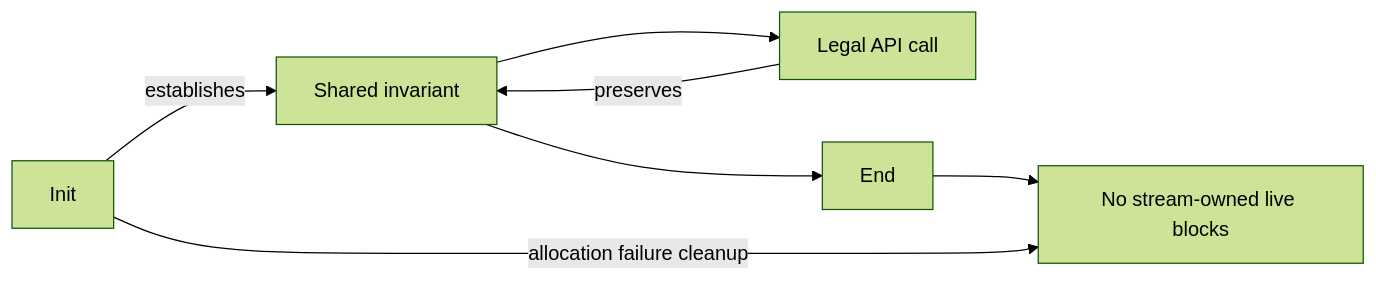
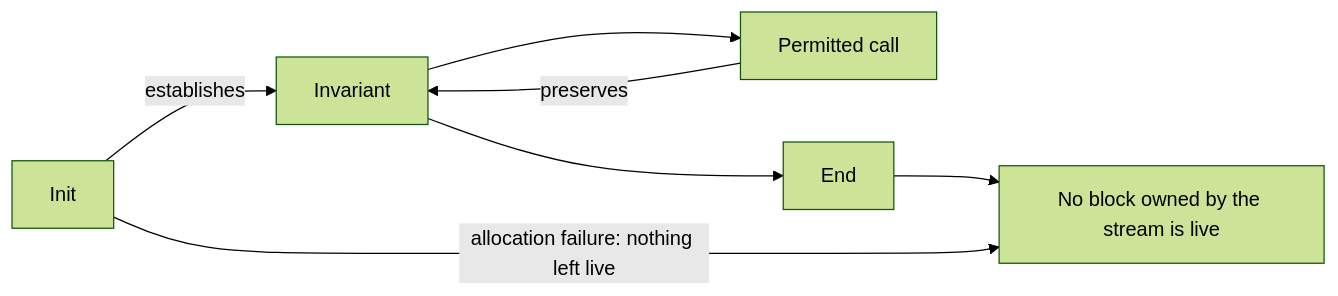
Before and after one commit to cla7aye15I4nd/oss-proof: the diagram in docs/spec/safety.md, drawn with Mermaid (forest theme). The commit also changed other lines of this file and 5 other files, not shown here.

````diff
--- a/docs/spec/safety.md
+++ b/docs/spec/safety.md
@@ -80,9 +174,9 @@
 ```mermaid
 flowchart LR
-    I[Init] -->|establishes| V[Shared invariant]
-    V --> A[Legal API call]
+    I[Init] -->|establishes| V[Invariant]
+    V --> A[Permitted call]
     A -->|preserves| V
     V --> E[End]
-    E --> Z[No stream-owned live blocks]
-    I -->|allocation failure cleanup| Z
+    E --> Z[No block owned by the stream is live]
+    I -->|allocation failure: nothing left live| Z
 ```
````
